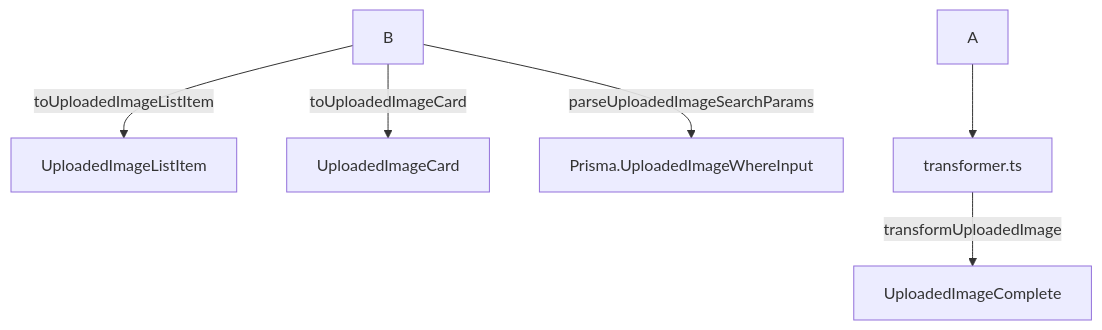
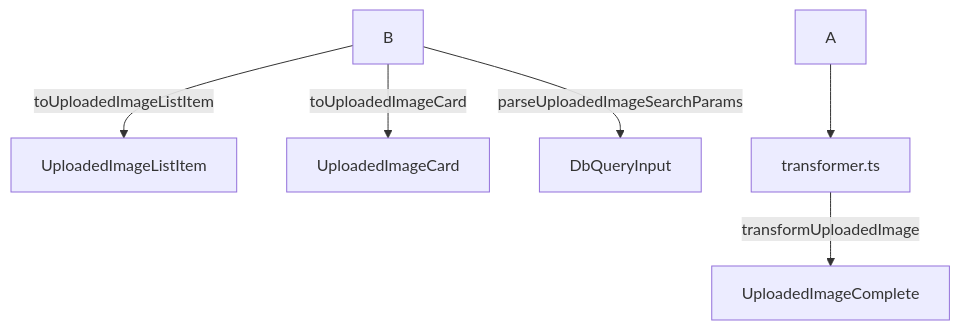
One commit to gvastethecreator/media-manager changed the diagram in src/transformers/uploaded-image/documentation.md. Above: the diagram before and after it, drawn with Mermaid. The commit also changed 185 other files, not shown here.

````diff
--- a/src/transformers/uploaded-image/documentation.md
+++ b/src/transformers/uploaded-image/documentation.md
@@ -11,9 +11,9 @@
 ```mermaid
 flowchart TD
     
     B -->|toUploadedImageListItem| C[UploadedImageListItem]
     B -->|toUploadedImageCard| D[UploadedImageCard]
-    B -->|parseUploadedImageSearchParams| E[Prisma.UploadedImageWhereInput]
+    B -->|parseUploadedImageSearchParams| E[DbQueryInput]
     A --> F[transformer.ts]
     F -->|transformUploadedImage| G[UploadedImageComplete]
 ```
````
